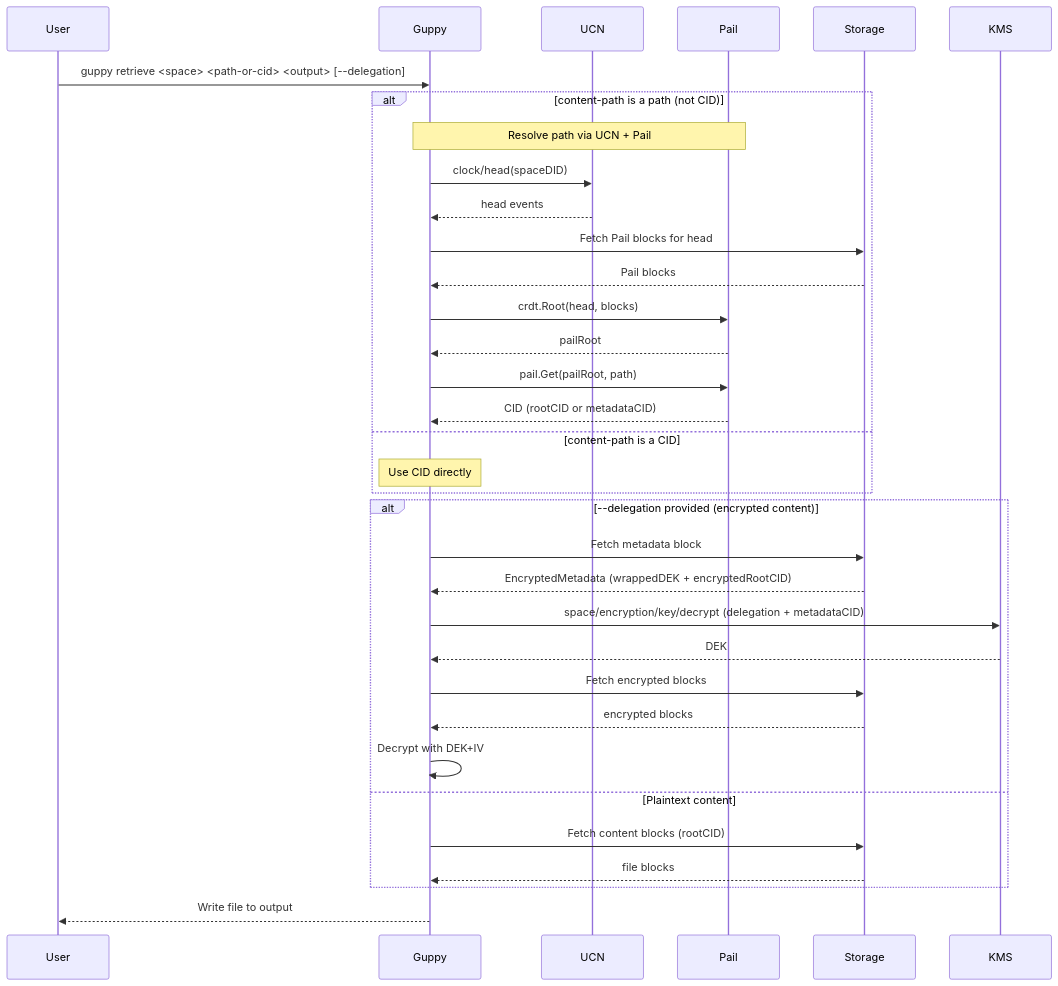
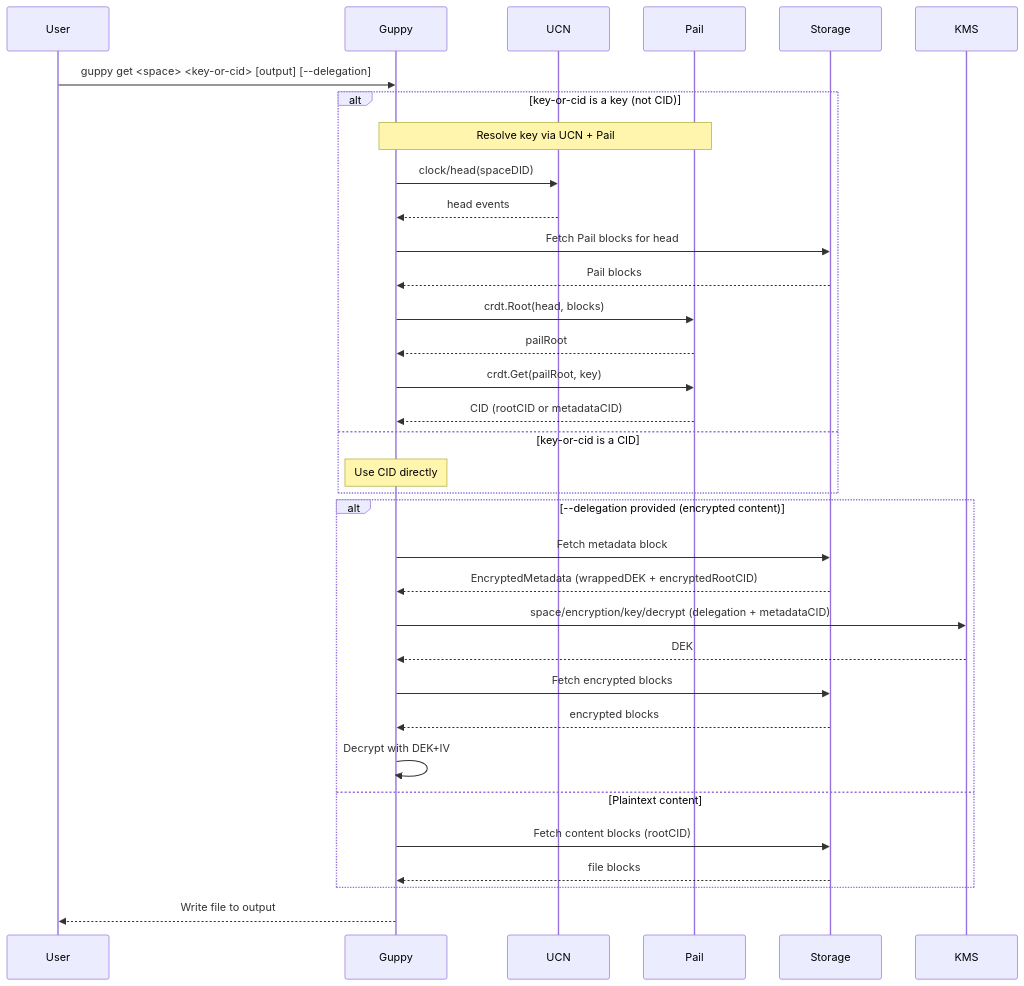
One commit to storacha/RFC changed the third of 3 diagrams in rfc/forge-mutability.md. Above: the diagram before and after it, drawn with Mermaid. The commit also changed other lines of this file, not shown here.

````diff
--- a/rfc/forge-mutability.md
+++ b/rfc/forge-mutability.md
@@ -284,40 +333,40 @@
 ```mermaid
 sequenceDiagram
     participant User
     participant Guppy
     participant UCN
     participant Pail
     participant Storage
     participant KMS
     
-    User->>Guppy: guppy retrieve <space> <path-or-cid> <output> [--delegation]
+    User->>Guppy: guppy get <space> <key-or-cid> [output] [--delegation]
     
-    alt content-path is a path (not CID)
-        Note over Guppy,Pail: Resolve path via UCN + Pail
+    alt key-or-cid is a key (not CID)
+        Note over Guppy,Pail: Resolve key via UCN + Pail
         Guppy->>UCN: clock/head(spaceDID)
         UCN-->>Guppy: head events
         Guppy->>Storage: Fetch Pail blocks for head
         Storage-->>Guppy: Pail blocks
         Guppy->>Pail: crdt.Root(head, blocks)
         Pail-->>Guppy: pailRoot
-        Guppy->>Pail: pail.Get(pailRoot, path)
+        Guppy->>Pail: crdt.Get(pailRoot, key)
         Pail-->>Guppy: CID (rootCID or metadataCID)
-    else content-path is a CID
+    else key-or-cid is a CID
         Note over Guppy: Use CID directly
     end
     
     alt --delegation provided (encrypted content)
         Guppy->>Storage: Fetch metadata block
         Storage-->>Guppy: EncryptedMetadata (wrappedDEK + encryptedRootCID)
         Guppy->>KMS: space/encryption/key/decrypt (delegation + metadataCID)
         KMS-->>Guppy: DEK
         Guppy->>Storage: Fetch encrypted blocks
         Storage-->>Guppy: encrypted blocks
         Guppy->>Guppy: Decrypt with DEK+IV
     else Plaintext content
         Guppy->>Storage: Fetch content blocks (rootCID)
         Storage-->>Guppy: file blocks
     end
     
     Guppy-->>User: Write file to output
 ```
````
